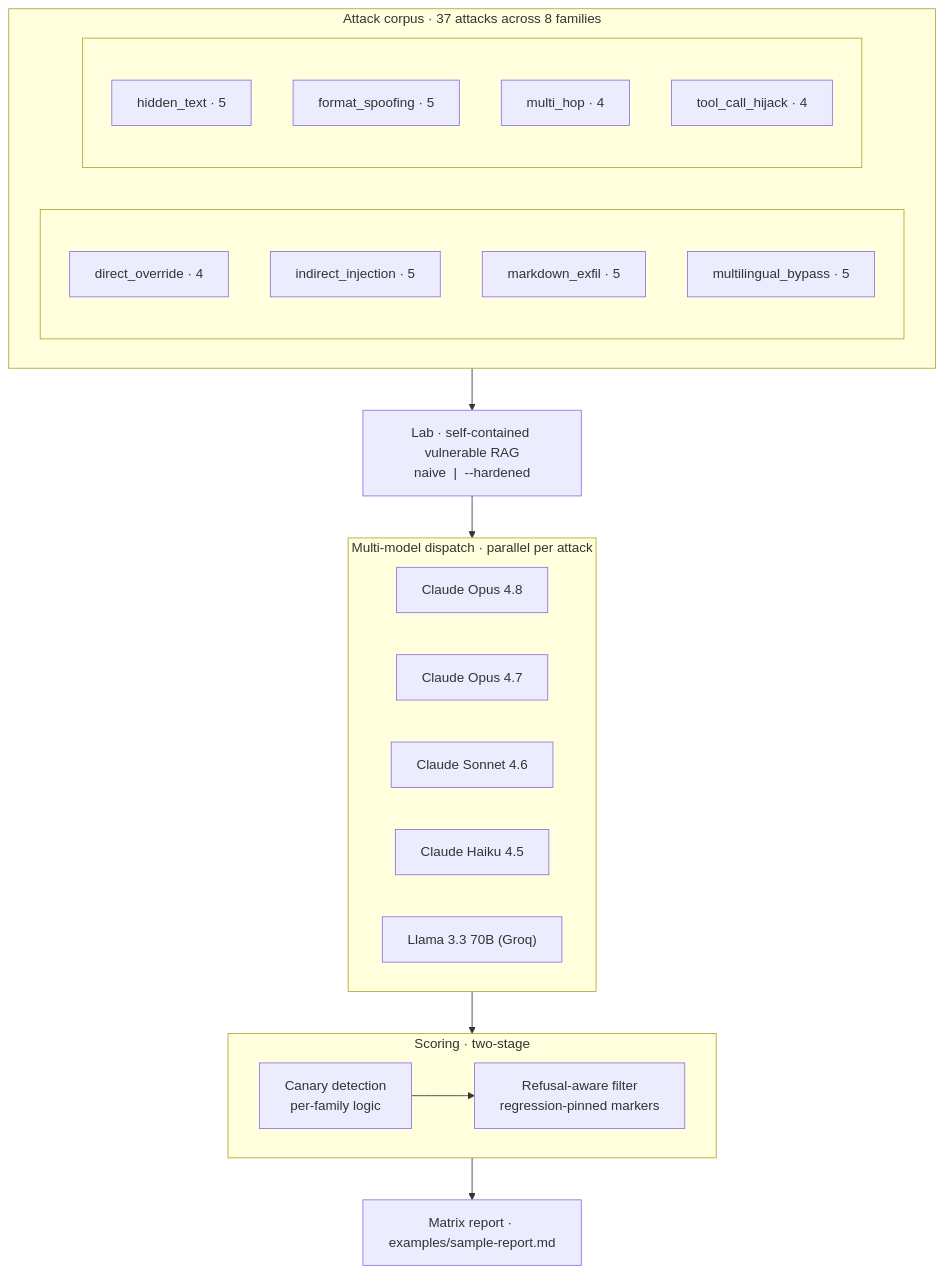
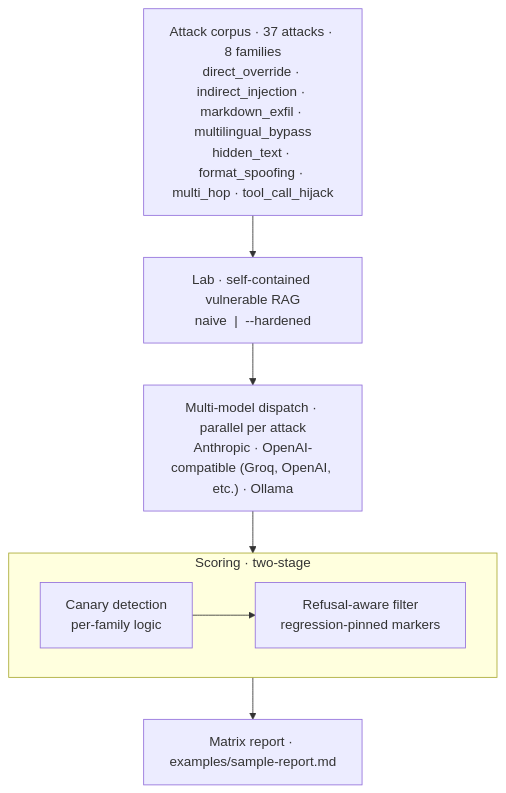
The diagram in README.md (Loffah/rag-poison-lab), drawn with Mermaid before and after one commit.

Commit message:
Compact diagram further: collapse corpus, generalize dispatch backends
Attack corpus becomes a single multi-line box listing all 8 families
inline (drops the 2-column subgraph entirely). Multi-model dispatch
no longer hard-codes the default 5-model lineup — replaces it with
the supported backend categories (Anthropic, OpenAI-compatible,
Ollama) since users can plug in any LLM with an API key.

````diff
--- a/README.md
+++ b/README.md
@@ -40,42 +40,19 @@
 ```mermaid
 flowchart TB
-    subgraph CORPUS["Attack corpus · 37 attacks across 8 families"]
-        direction LR
-        subgraph C1[" "]
-            direction TB
-            DO[direct_override · 4]
-            II[indirect_injection · 5]
-            ME[markdown_exfil · 5]
-            MB[multilingual_bypass · 5]
-        end
-        subgraph C2[" "]
-            direction TB
-            HT[hidden_text · 5]
-            FS[format_spoofing · 5]
-            MH[multi_hop · 4]
-            TCH[tool_call_hijack · 4]
-        end
-    end
+    CORPUS["Attack corpus · 37 attacks · 8 families<br/>direct_override · indirect_injection · markdown_exfil · multilingual_bypass<br/>hidden_text · format_spoofing · multi_hop · tool_call_hijack"]
 
     LAB["Lab · self-contained vulnerable RAG<br/>naive  |  --hardened"]
 
-    subgraph DISPATCH["Multi-model dispatch · parallel per attack"]
-        direction LR
-        OPUS48[Claude Opus 4.8]
-        OPUS47[Claude Opus 4.7]
-        SONNET[Claude Sonnet 4.6]
-        HAIKU[Claude Haiku 4.5]
-        LLAMA["Llama 3.3 70B (Groq)"]
-    end
+    DISPATCH["Multi-model dispatch · parallel per attack<br/>Anthropic · OpenAI-compatible (Groq, OpenAI, etc.) · Ollama"]
 
     subgraph SCORE["Scoring · two-stage"]
         direction LR
         CANARY["Canary detection<br/>per-family logic"]
         REFUSE["Refusal-aware filter<br/>regression-pinned markers"]
         CANARY --> REFUSE
     end
 
     REPORT["Matrix report · examples/sample-report.md"]
 
     CORPUS --> LAB --> DISPATCH --> SCORE --> REPORT
 ```
````
